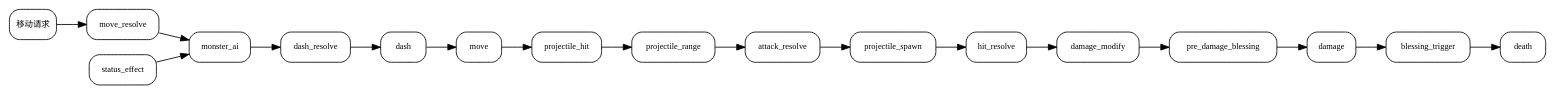
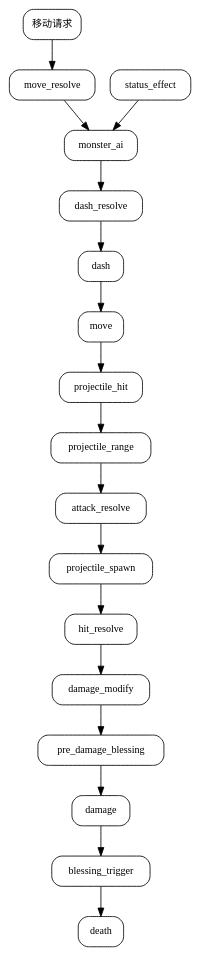
One commit to zzzhr666/server changed the diagram in docs/diagrams/ecs-tick-order.dot. Above: the diagram before and after it, drawn with Graphviz. The commit also changed 1 other file, not shown here.

Commit message:
[docs] 调整ECS时序图为纵向布局

```diff
--- a/docs/diagrams/ecs-tick-order.dot
+++ b/docs/diagrams/ecs-tick-order.dot
@@ -1,23 +1,23 @@
 digraph ecs_tick_order {
-    rankdir=LR;
-    node [shape=box, style=rounded, fontsize=10];
+    rankdir=TB;
+    node [shape=box, style=rounded, fontsize=12, margin="0.14,0.08"];
     move_request [label="移动请求"];
     move_resolve [label="move_resolve"];
     status [label="status_effect"];
     ai [label="monster_ai"];
     dash_resolve [label="dash_resolve"];
     dash [label="dash"];
     move [label="move"];
     projectile_hit [label="projectile_hit"];
     projectile_range [label="projectile_range"];
     attack [label="attack_resolve"];
     projectile_spawn [label="projectile_spawn"];
     hit [label="hit_resolve"];
     damage_modify [label="damage_modify"];
     pre_damage [label="pre_damage_blessing"];
     damage [label="damage"];
     blessing [label="blessing_trigger"];
     death [label="death"];
     move_request -> move_resolve -> ai -> dash_resolve -> dash -> move -> projectile_hit -> projectile_range -> attack -> projectile_spawn -> hit -> damage_modify -> pre_damage -> damage -> blessing -> death;
     status -> ai;
 }
```
